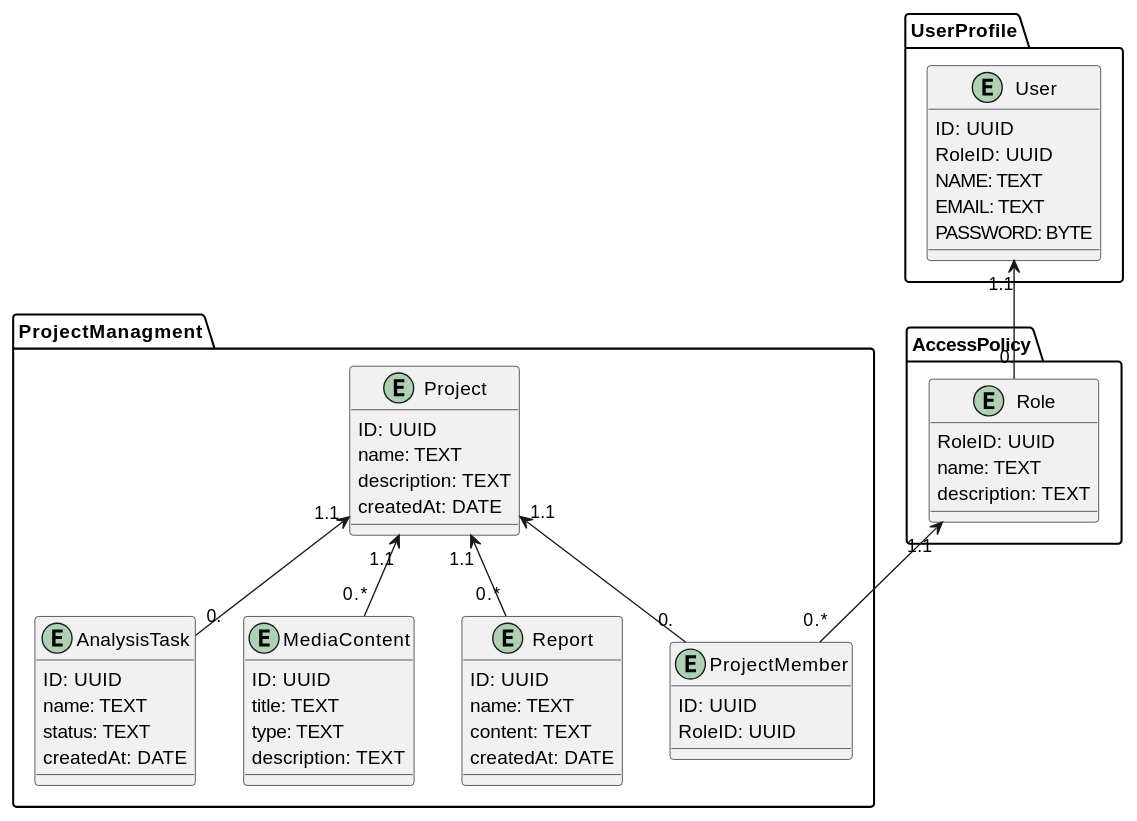
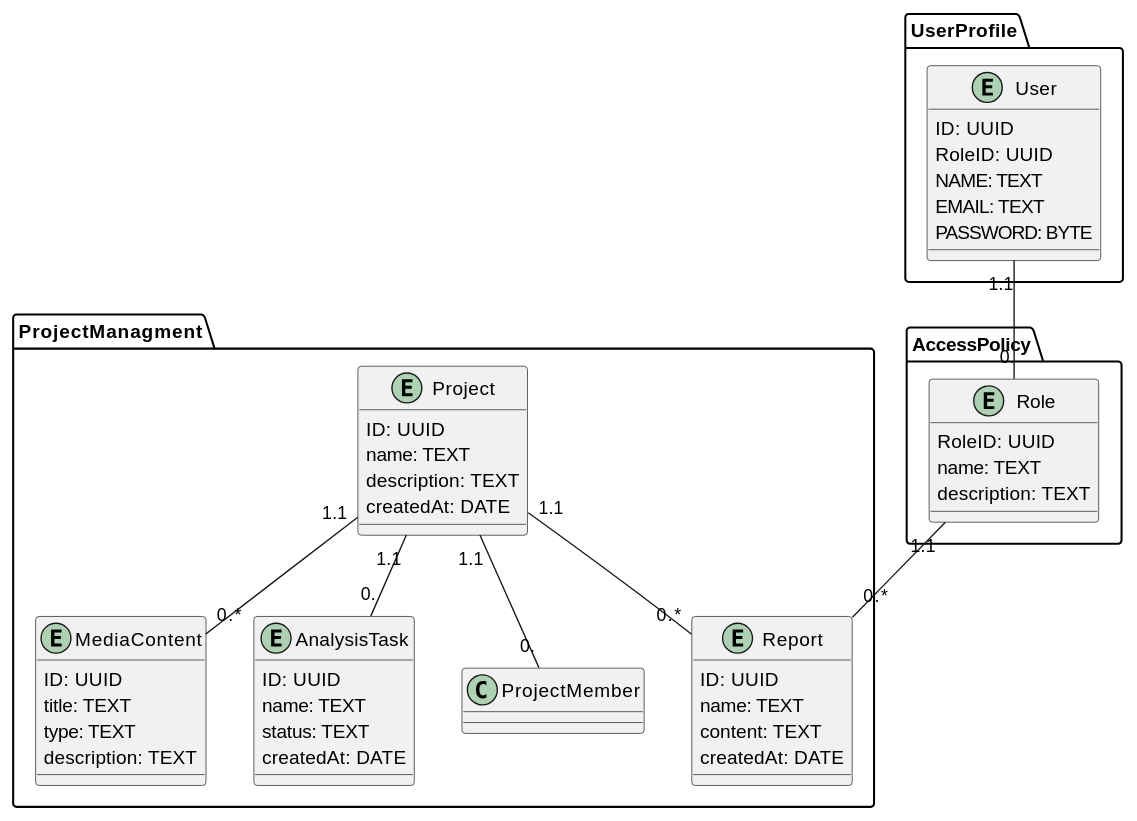
The diagram in docs/design.md (zhkcll/lab6), drawn with PlantUML before and after one commit.

````diff
--- a/docs/design.md
+++ b/docs/design.md
@@ -7,65 +7,60 @@
 ```plantuml
 @startuml
 package ProjectManagment {
-    entity ProjectMember {
-        ID: UUID
-        RoleID: UUID
-    }
-
     entity Project {
         ID: UUID
         name: TEXT
         description: TEXT
         createdAt: DATE
     }
 
     entity AnalysisTask {
         ID: UUID
         name: TEXT
         status: TEXT
         createdAt: DATE
     }
 
     entity MediaContent {
         ID: UUID
         title: TEXT
         type: TEXT
         description: TEXT
     }
 
     entity Report {
         ID: UUID
         name: TEXT
         content: TEXT
         createdAt: DATE
     }
 }
 
 package AccessPolicy {
     entity Role {
         RoleID: UUID
         name: TEXT
         description: TEXT
     }
 }
 
 package UserProfile {
     entity User {
         ID: UUID
         RoleID: UUID
         NAME: TEXT
         EMAIL: TEXT
         PASSWORD: BYTE
     }
 }
 
-ProjectManagment.Project "1.1" <-- "0." ProjectManagment.ProjectMember
-ProjectManagment.Project "1.1" <-- "0." ProjectManagment.AnalysisTask
-ProjectManagment.Project "1.1" <-- "0.*" ProjectManagment.MediaContent
-ProjectManagment.Project "1.1" <-- "0.*" ProjectManagment.Report
+ProjectManagment.Project "1.1" -- "0." ProjectManagment.ProjectMember
+ProjectManagment.Project "1.1" -- "0." ProjectManagment.AnalysisTask
+ProjectManagment.Project "1.1" -- "0.*" ProjectManagment.MediaContent
+ProjectManagment.Project "1.1" -- "0.*" ProjectManagment.Report
 
-UserProfile.User "1.1" <-- "0." AccessPolicy.Role
+UserProfile.User "1.1" -- "0." AccessPolicy.Role
 
-AccessPolicy.Role "1.1" <-- "0.*" ProjectManagment.ProjectMember
+AccessPolicy.Role "1.1" -- "0.*" ProjectManagment.Report
 @enduml
 ```
````
